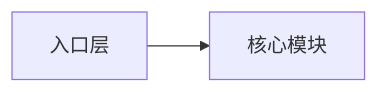
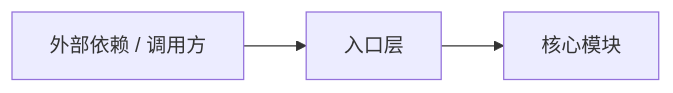
Before and after one commit to nanzhi84/yoryon-harness: the diagram in templates/docs/architecture/overview.md, drawn with Mermaid. The commit also changed other lines of this file and 23 other files, not shown here.

Commit message:
refactor(docs): remove docs/spec and CHANGELOG.md, enforce 4-slot architecture

````diff
--- a/templates/docs/architecture/overview.md
+++ b/templates/docs/architecture/overview.md
@@ -7,4 +7,5 @@
 ```mermaid
 flowchart LR
-    Entry["入口层"] --> Core["核心模块"]
+    External["外部依赖 / 调用方"] --> Entry["入口层"]
+    Entry --> Core["核心模块"]
 ```
````
